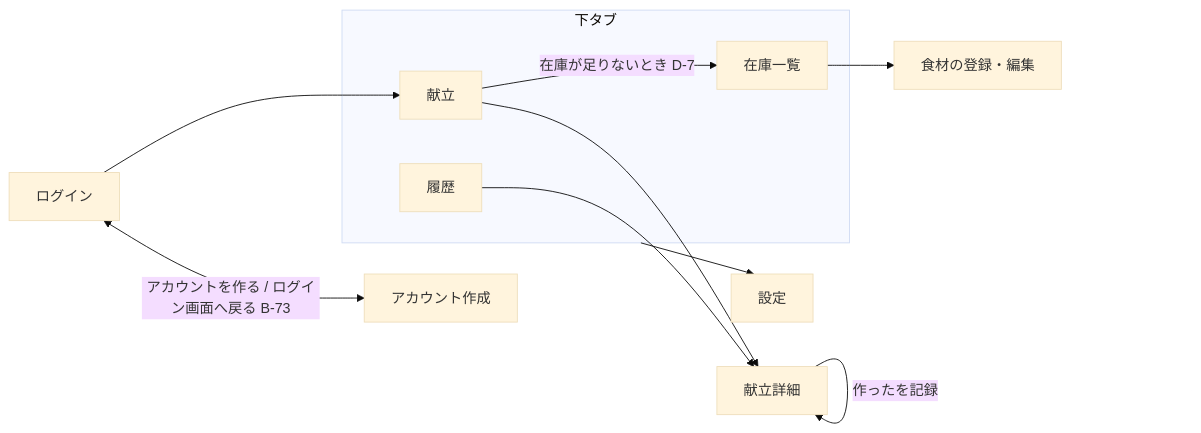
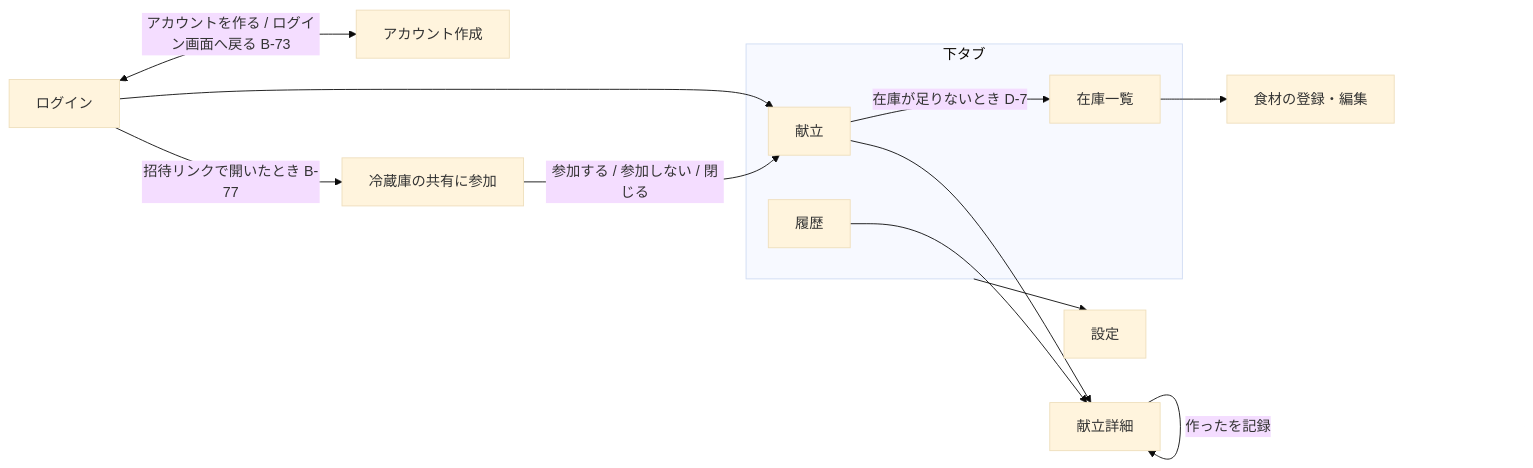
The diagram in docs/screen-design.md (tkdev106/fridge-to-meal), drawn with Mermaid (base theme) before and after one commit. The commit also changed other lines of this file and 1 other file, not shown here.

````diff
--- a/docs/screen-design.md
+++ b/docs/screen-design.md
@@ -91,16 +91,18 @@
 ```mermaid
 flowchart LR
   login[ログイン] --> meals
   login <-->|アカウントを作る / ログイン画面へ戻る B-73| signup[アカウント作成]
+  login -->|招待リンクで開いたとき B-77| join[冷蔵庫の共有に参加]
+  join -->|参加する / 参加しない / 閉じる| meals
   subgraph tabs[下タブ]
     meals[献立]
     pantry[在庫一覧]
     history[履歴]
   end
   meals --> detail[献立詳細]
   meals -->|在庫が足りないとき D-7| pantry
   history --> detail
   pantry --> edit[食材の登録・編集]
   tabs --> settings[設定]
   detail -->|作ったを記録| detail
 ```
````
